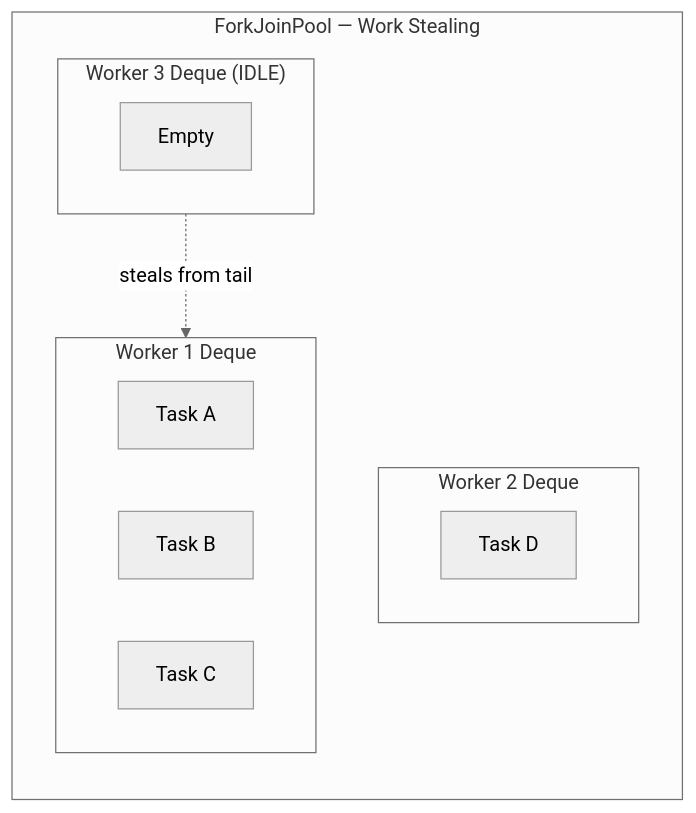
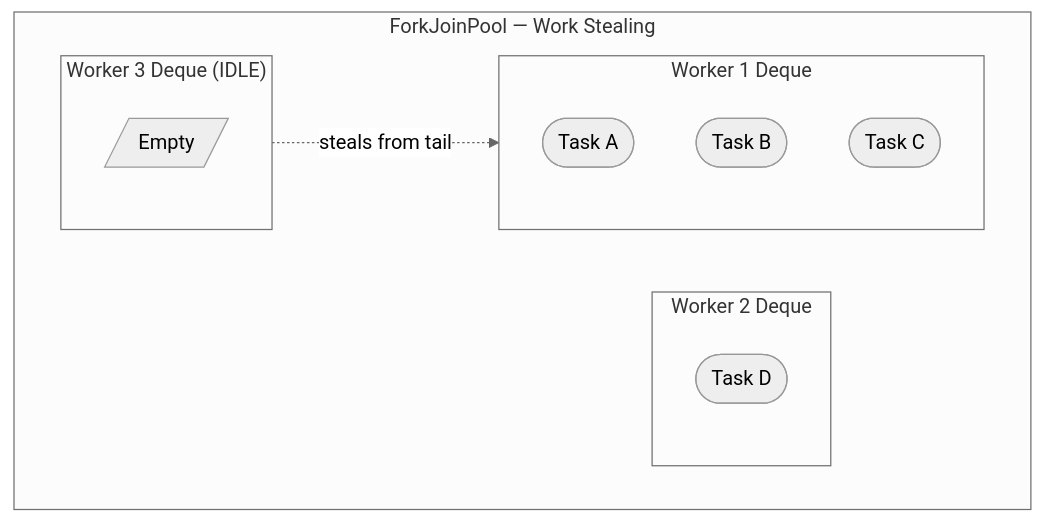
One commit to saivamsikaruturi/vamsilabs-dev-notes-main changed the fourth of 5 diagrams in docs/java/Executors.md. Above: the diagram before and after it, drawn with Mermaid (neutral theme). The commit also changed other lines of this file and 146 other files, not shown here.

Commit message:
Horizontal diagrams, UML class diagrams, typography overhaul, and permalink cleanup

````diff
--- a/docs/java/Executors.md
+++ b/docs/java/Executors.md
@@ -257,18 +259,18 @@
 ```mermaid
-graph LR
+flowchart LR
     subgraph "ForkJoinPool — Work Stealing"
-        direction TB
+        direction LR
         subgraph Worker1["Worker 1 Deque"]
-            T1A[Task A]
-            T1B[Task B]
-            T1C[Task C]
+            T1A(["Task A"])
+            T1B(["Task B"])
+            T1C(["Task C"])
         end
         subgraph Worker2["Worker 2 Deque"]
-            T2A[Task D]
+            T2A(["Task D"])
         end
         subgraph Worker3["Worker 3 Deque (IDLE)"]
-            T3[Empty]
+            T3[/"Empty"/]
         end
         Worker3 -.->|steals from tail| Worker1
     end
 ```
````
